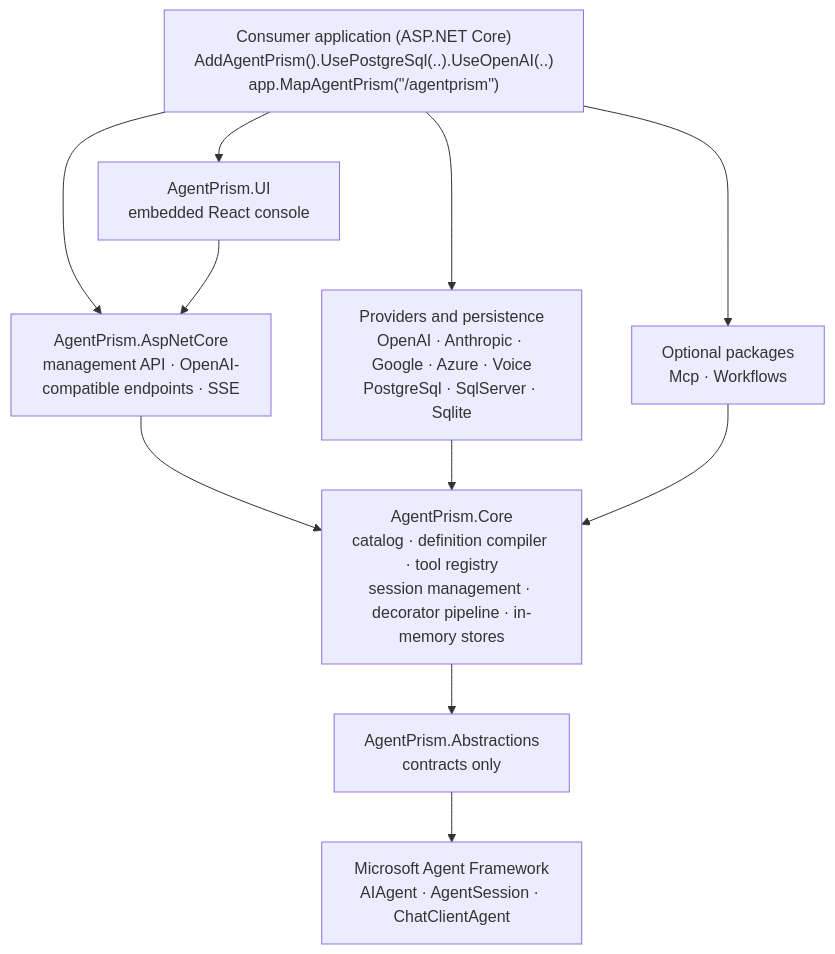
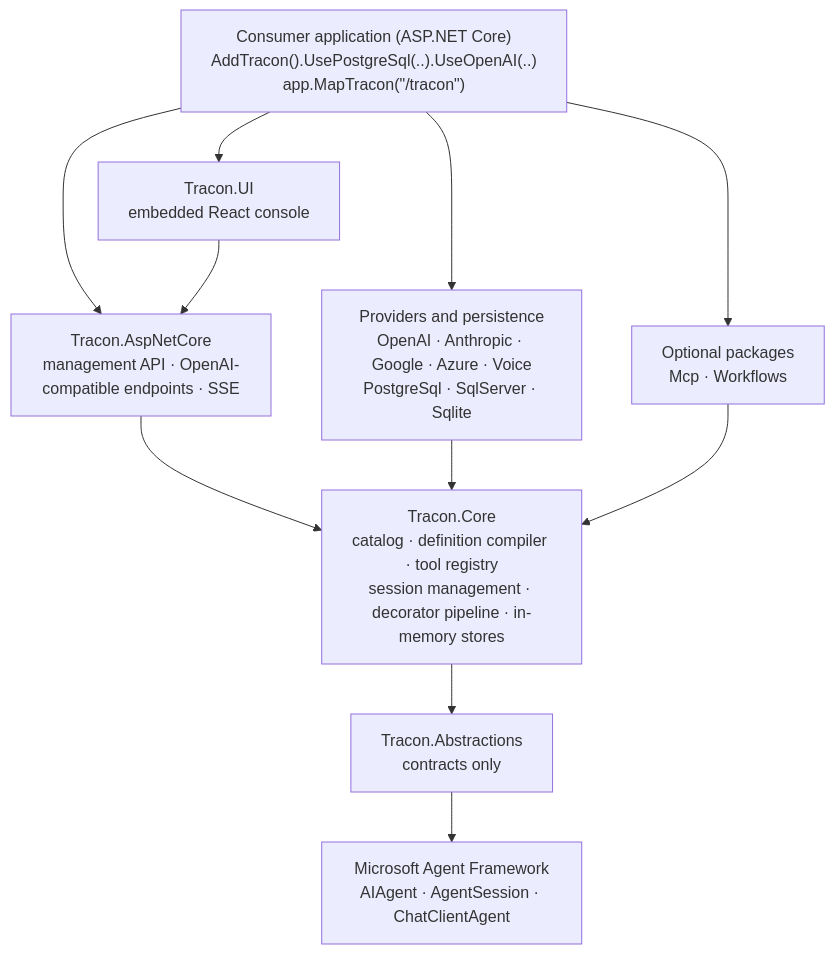
One commit to farukatasoy/Tracon changed the first of 2 diagrams in ARCHITECTURE.md. Above: the diagram before and after it, drawn with Mermaid. The commit also changed other lines of this file and 4535 other files, not shown here.

````diff
--- a/ARCHITECTURE.md
+++ b/ARCHITECTURE.md
@@ -19,23 +19,23 @@
 ```mermaid
 flowchart TD
-    accTitle: AgentPrism package dependency direction
+    accTitle: Tracon package dependency direction
     accDescr: The console and the HTTP layer depend on Core, providers and persistence packages depend on Core, Core depends on Abstractions, and Abstractions depends on the Microsoft Agent Framework. No arrow points back.
-    APP["Consumer application (ASP.NET Core)<br/>AddAgentPrism().UsePostgreSql(..).UseOpenAI(..)<br/>app.MapAgentPrism(&quot;/agentprism&quot;)"]
-    UI["AgentPrism.UI<br/>embedded React console"]
-    HTTP["AgentPrism.AspNetCore<br/>management API · OpenAI-compatible endpoints · SSE"]
+    APP["Consumer application (ASP.NET Core)<br/>AddTracon().UsePostgreSql(..).UseOpenAI(..)<br/>app.MapTracon(&quot;/tracon&quot;)"]
+    UI["Tracon.UI<br/>embedded React console"]
+    HTTP["Tracon.AspNetCore<br/>management API · OpenAI-compatible endpoints · SSE"]
     PROV["Providers and persistence<br/>OpenAI · Anthropic · Google · Azure · Voice<br/>PostgreSql · SqlServer · Sqlite"]
     OPT["Optional packages<br/>Mcp · Workflows"]
-    CORE["AgentPrism.Core<br/>catalog · definition compiler · tool registry<br/>session management · decorator pipeline · in-memory stores"]
-    ABS["AgentPrism.Abstractions<br/>contracts only"]
+    CORE["Tracon.Core<br/>catalog · definition compiler · tool registry<br/>session management · decorator pipeline · in-memory stores"]
+    ABS["Tracon.Abstractions<br/>contracts only"]
     MAF["Microsoft Agent Framework<br/>AIAgent · AgentSession · ChatClientAgent"]
 
     APP --> HTTP
     APP --> UI
     APP --> PROV
     APP --> OPT
     UI --> HTTP
     HTTP --> CORE
     PROV --> CORE
     OPT --> CORE
     CORE --> ABS --> MAF
 ```
````
